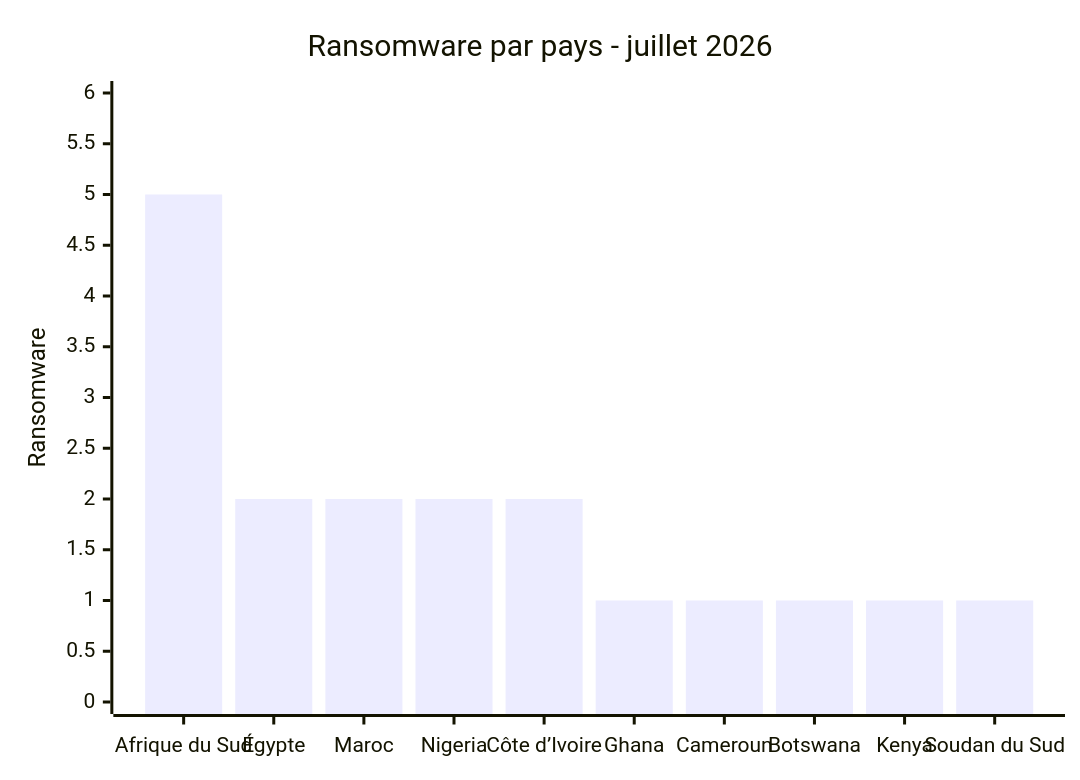
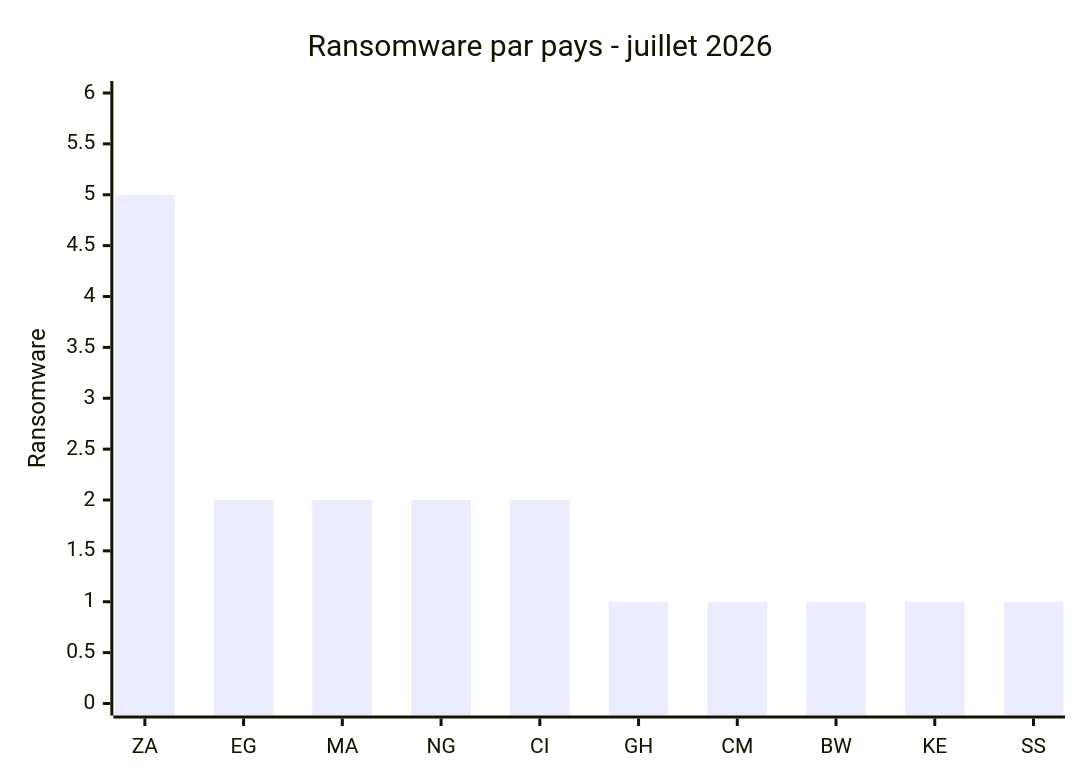
Before and after one commit to Hatchepsoute/AFRINTEL: the third of 8 diagrams in CyberAttackAfrica/2026/07-july/README_FR.md, drawn with Mermaid. The commit also changed other lines of this file and 2 other files, not shown here.

```diff
--- a/CyberAttackAfrica/2026/07-july/README_FR.md
+++ b/CyberAttackAfrica/2026/07-july/README_FR.md
@@ -102,7 +104,7 @@
 ~~~mermaid
 xychart-beta
     title "Ransomware par pays - juillet 2026"
-    x-axis ["Afrique du Sud","Égypte","Maroc","Nigeria","Côte d’Ivoire","Ghana","Cameroun","Botswana","Kenya","Soudan du Sud"]
+    x-axis ["ZA","EG","MA","NG","CI","GH","CM","BW","KE","SS"]
     y-axis "Ransomware" 0 --> 6
     bar [5,2,2,2,2,1,1,1,1,1]
 ~~~
```
